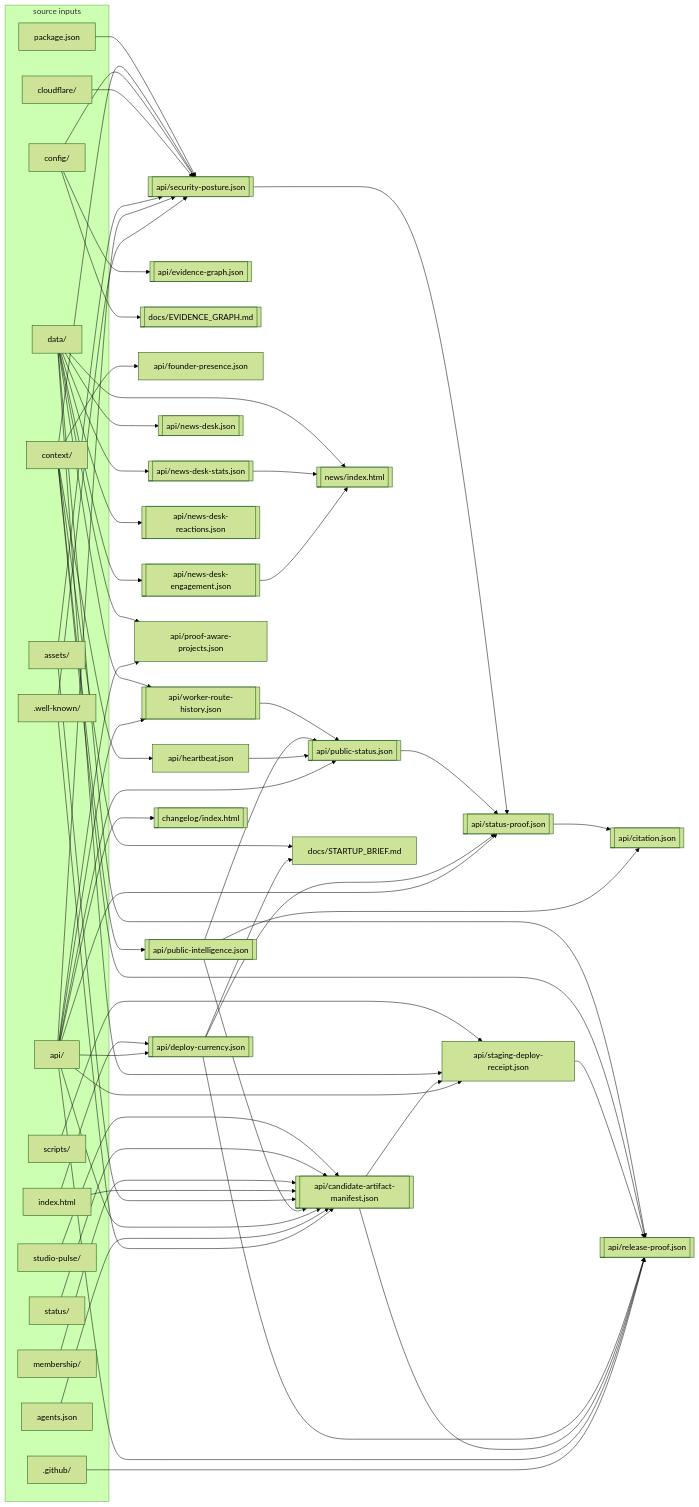
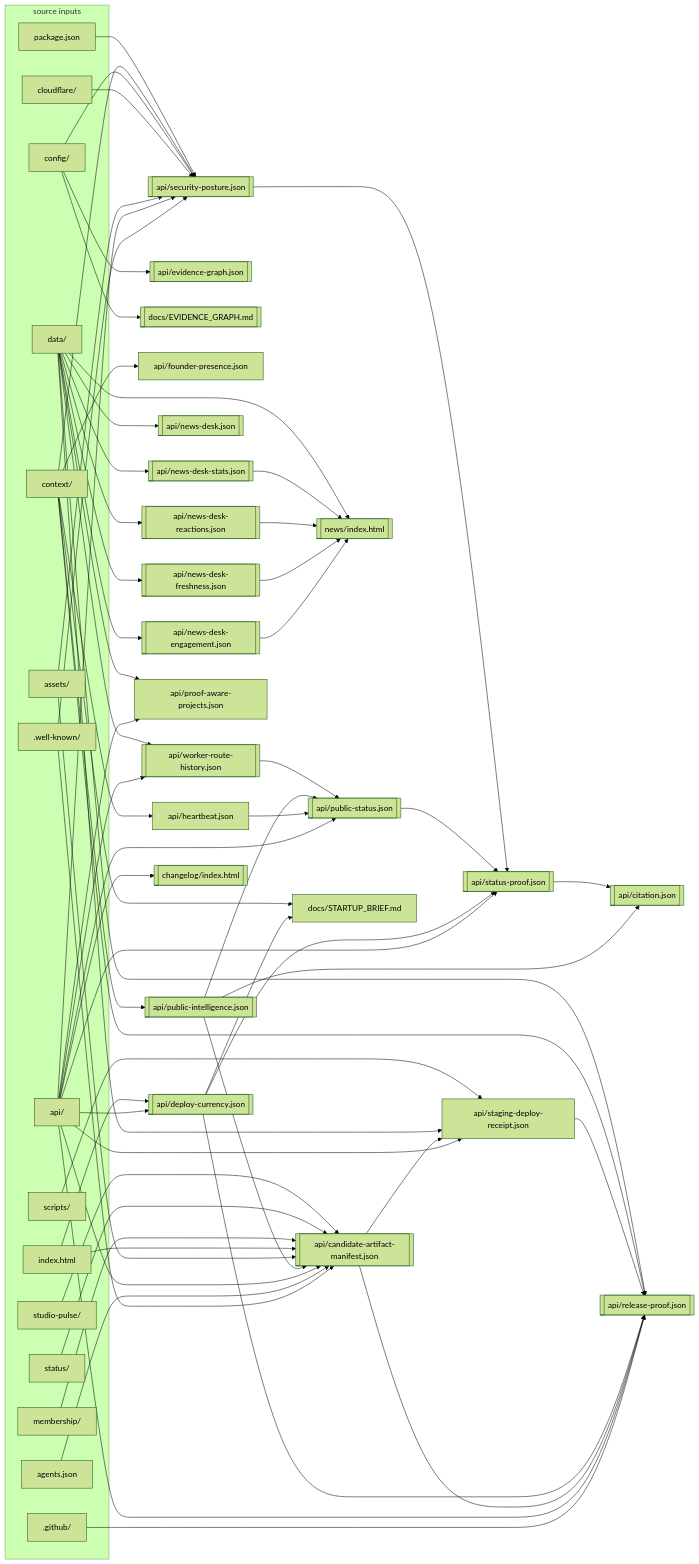
Before and after one commit to VaultSparkStudios/VaultSparkStudios.github.io: the diagram in docs/EVIDENCE_GRAPH.md, drawn with Mermaid (forest theme). The commit also changed other lines of this file and 371 other files, not shown here.

```diff
--- a/docs/EVIDENCE_GRAPH.md
+++ b/docs/EVIDENCE_GRAPH.md
@@ -55,6 +55,7 @@
   n_api_heartbeat_json["api/heartbeat.json"]
   n_api_news_desk_json[["api/news-desk.json"]]
   n_api_news_desk_engagement_json[["api/news-desk-engagement.json"]]
+  n_api_news_desk_freshness_json[["api/news-desk-freshness.json"]]
   n_api_news_desk_reactions_json[["api/news-desk-reactions.json"]]
   n_api_news_desk_stats_json[["api/news-desk-stats.json"]]
   n_news_index_html[["news/index.html"]]
@@ -89,6 +90,8 @@
   n_api_deploy_currency_json --> n_docs_STARTUP_BRIEF_md
   n_api_heartbeat_json --> n_api_public_status_json
   n_api_news_desk_engagement_json --> n_news_index_html
+  n_api_news_desk_freshness_json --> n_news_index_html
+  n_api_news_desk_reactions_json --> n_news_index_html
   n_api_news_desk_stats_json --> n_news_index_html
   n_api_public_intelligence_json --> n_api_candidate_artifact_manifest_json
   n_api_public_intelligence_json --> n_api_citation_json
@@ -111,6 +114,7 @@
   n_context_ --> n_api_security_posture_json
   n_context_ --> n_docs_STARTUP_BRIEF_md
   n_data_ --> n_api_news_desk_engagement_json
+  n_data_ --> n_api_news_desk_freshness_json
   n_data_ --> n_api_news_desk_json
   n_data_ --> n_api_news_desk_reactions_json
   n_data_ --> n_api_news_desk_stats_json
```
